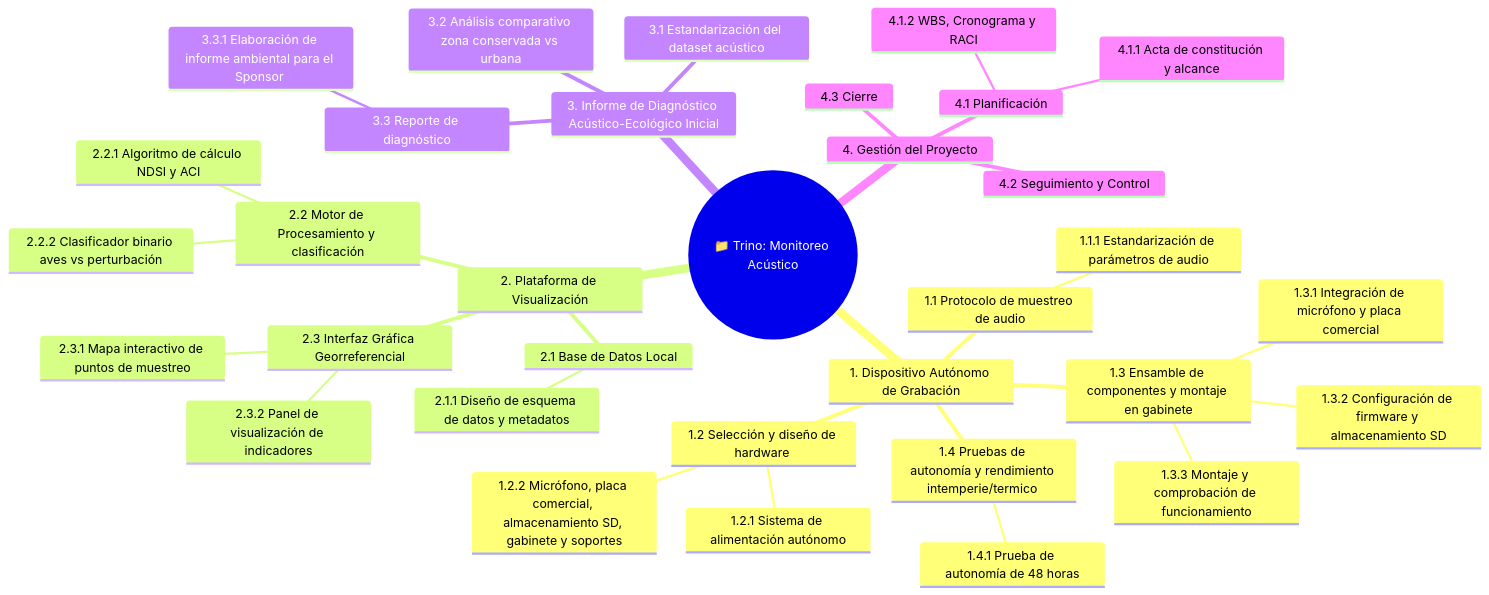
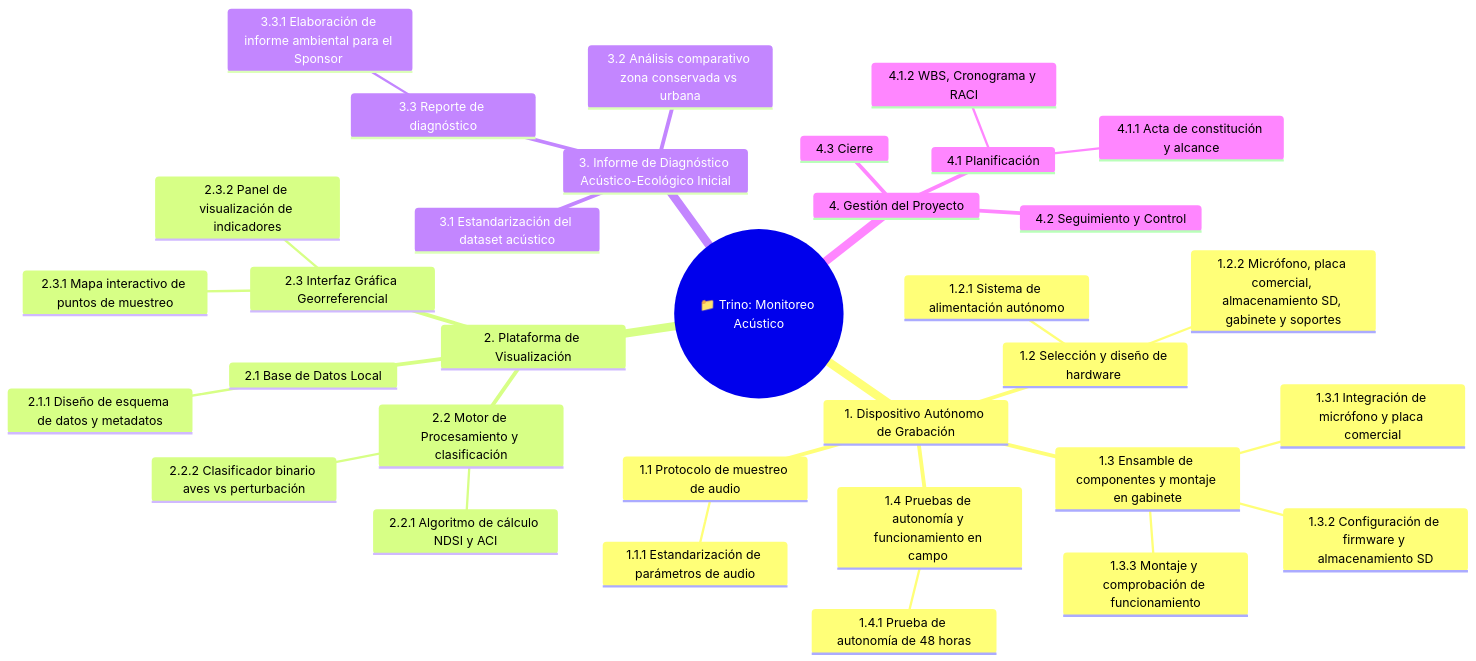
Before and after one commit to fatimalunazzz/GestionProyecto: the diagram in wbs.md, drawn with Mermaid. The commit also changed other lines of this file, not shown here.

````diff
--- a/wbs.md
+++ b/wbs.md
@@ -5,36 +5,36 @@
 ```mermaid
 mindmap
   root(("📁 Trino: Monitoreo Acústico"))
     1. Dispositivo Autónomo de Grabación
       1.1 Protocolo de muestreo de audio
         1.1.1 Estandarización de parámetros de audio
       1.2 Selección y diseño de hardware 
         1.2.1 Sistema de alimentación autónomo
         1.2.2 Micrófono, placa comercial, almacenamiento SD, gabinete y soportes
       1.3 Ensamble de componentes y montaje en gabinete
         1.3.1 Integración de micrófono y placa comercial
         1.3.2 Configuración de firmware y almacenamiento SD
         1.3.3 Montaje y comprobación de funcionamiento
-      1.4 Pruebas de autonomía y rendimiento intemperie/termico 
+      1.4 Pruebas de autonomía y funcionamiento en campo 
         1.4.1 Prueba de autonomía de 48 horas
     2. Plataforma de Visualización
       2.1 Base de Datos Local
         2.1.1 Diseño de esquema de datos y metadatos
       2.2 Motor de Procesamiento y clasificación
         2.2.1 Algoritmo de cálculo NDSI y ACI
         2.2.2 Clasificador binario aves vs perturbación
       2.3 Interfaz Gráfica Georreferencial
         2.3.1 Mapa interactivo de puntos de muestreo
         2.3.2 Panel de visualización de indicadores
     3. Informe de Diagnóstico Acústico-Ecológico Inicial
       3.1 Estandarización del dataset acústico
       3.2 Análisis comparativo zona conservada vs urbana
       3.3 Reporte de diagnóstico
         3.3.1 Elaboración de informe ambiental para el Sponsor 
     4. Gestión del Proyecto
       4.1 Planificación
         4.1.1 Acta de constitución y alcance
         4.1.2 WBS, Cronograma y RACI
       4.2 Seguimiento y Control
       4.3 Cierre
 ```
````
